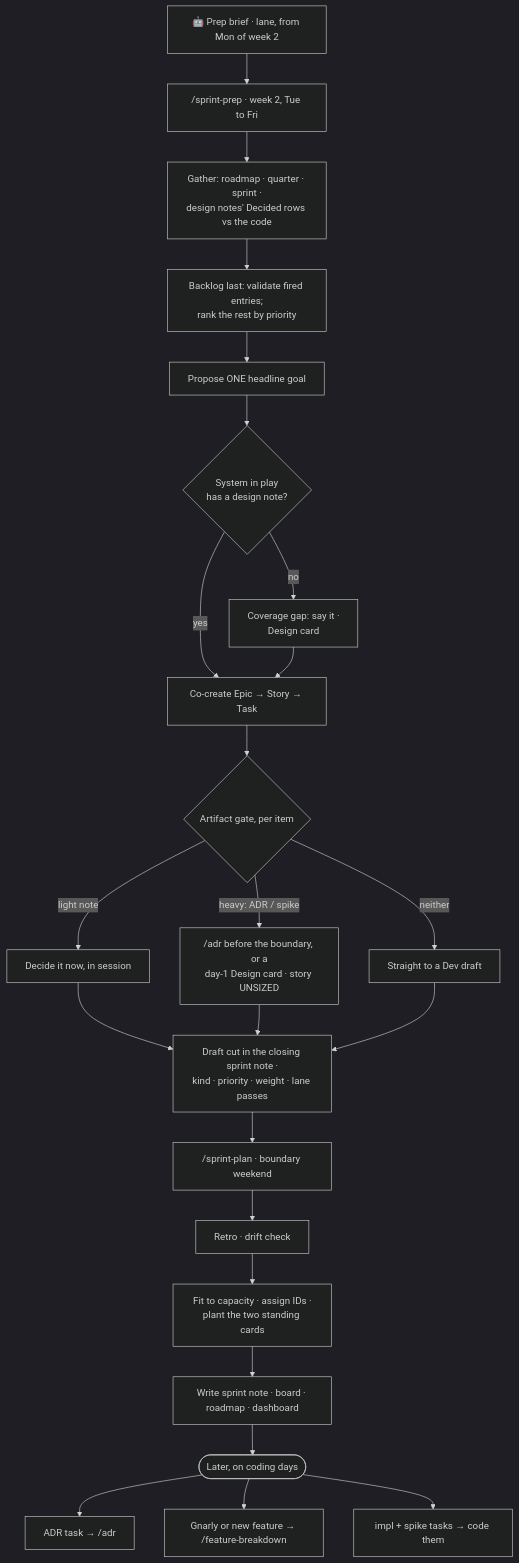
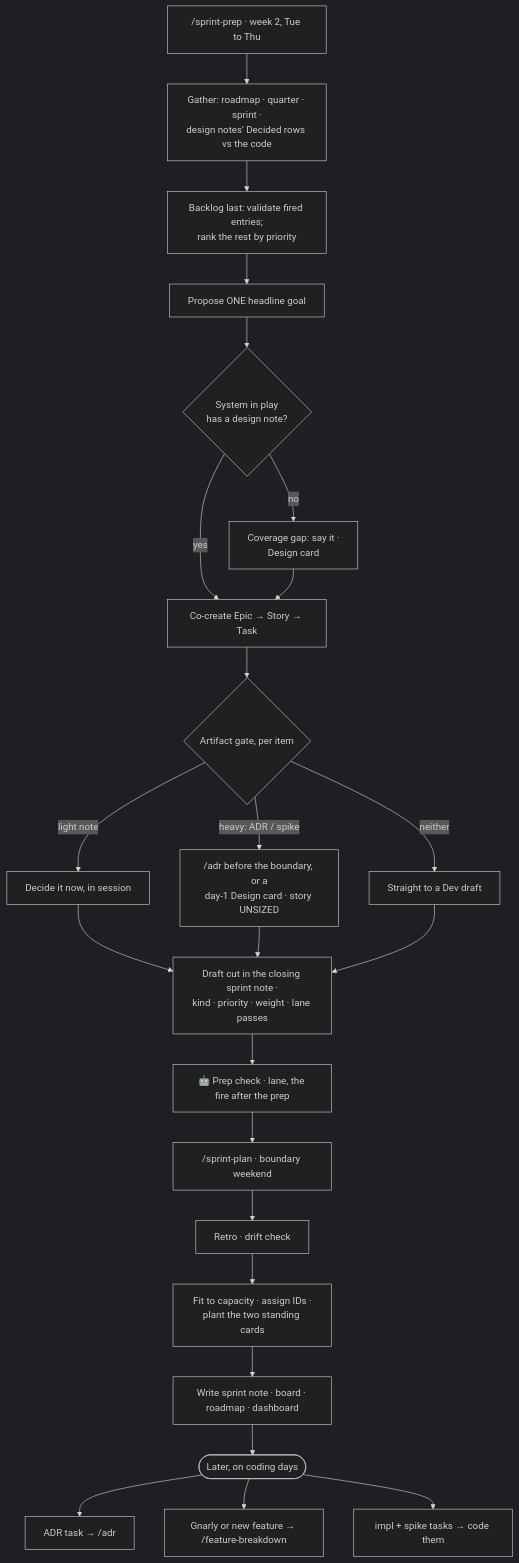
One commit to techattackteam/TechEngine-vault changed the diagram in 06 Sprints/Planning Workflow - Artifact Gate.md. Above: the diagram before and after it, drawn with Mermaid (dark theme). The commit also changed other lines of this file and 13 other files, not shown here.

First line of the commit message:
Plan Sprint 12: Renderer Groundwork

````diff
--- a/06 Sprints/Planning Workflow - Artifact Gate.md
+++ b/06 Sprints/Planning Workflow - Artifact Gate.md
@@ -442,26 +451,26 @@
 ```mermaid
 flowchart TD
-    BR["🤖 Prep brief · lane, from Mon of week 2"] --> A
-    A["/sprint-prep · week 2, Tue to Fri"] --> B["Gather: roadmap · quarter · sprint ·<br/>design notes' Decided rows vs the code"]
+    A["/sprint-prep · week 2, Tue to Thu"] --> B["Gather: roadmap · quarter · sprint ·<br/>design notes' Decided rows vs the code"]
     B --> B2["Backlog last: validate fired entries;<br/>rank the rest by priority"]
     B2 --> E["Propose ONE headline goal"]
     E --> E2{"System in play<br/>has a design note?"}
     E2 -->|no| E3["Coverage gap: say it ·<br/>Design card"]
     E2 -->|yes| F["Co-create Epic → Story → Task"]
     E3 --> F
     F --> G{"Artifact gate, per item"}
     G -->|light note| H["Decide it now, in session"]
     G -->|"heavy: ADR / spike"| I["/adr before the boundary, or a<br/>day-1 Design card · story UNSIZED"]
     G -->|neither| J["Straight to a Dev draft"]
     H --> K["Draft cut in the closing sprint note ·<br/>kind · priority · weight · lane passes"]
     I --> K
     J --> K
-    K --> SP["/sprint-plan · boundary weekend"]
+    K --> CK["🤖 Prep check · lane, the fire after the prep"]
+    CK --> SP["/sprint-plan · boundary weekend"]
     SP --> D["Retro · drift check"]
     D --> FIT["Fit to capacity · assign IDs ·<br/>plant the two standing cards"]
     FIT --> L["Write sprint note · board · roadmap · dashboard"]
     L --> M(["Later, on coding days"])
     M --> N["ADR task → /adr"]
     M --> O["Gnarly or new feature → /feature-breakdown"]
     M --> P["impl + spike tasks → code them"]
 ```
````
